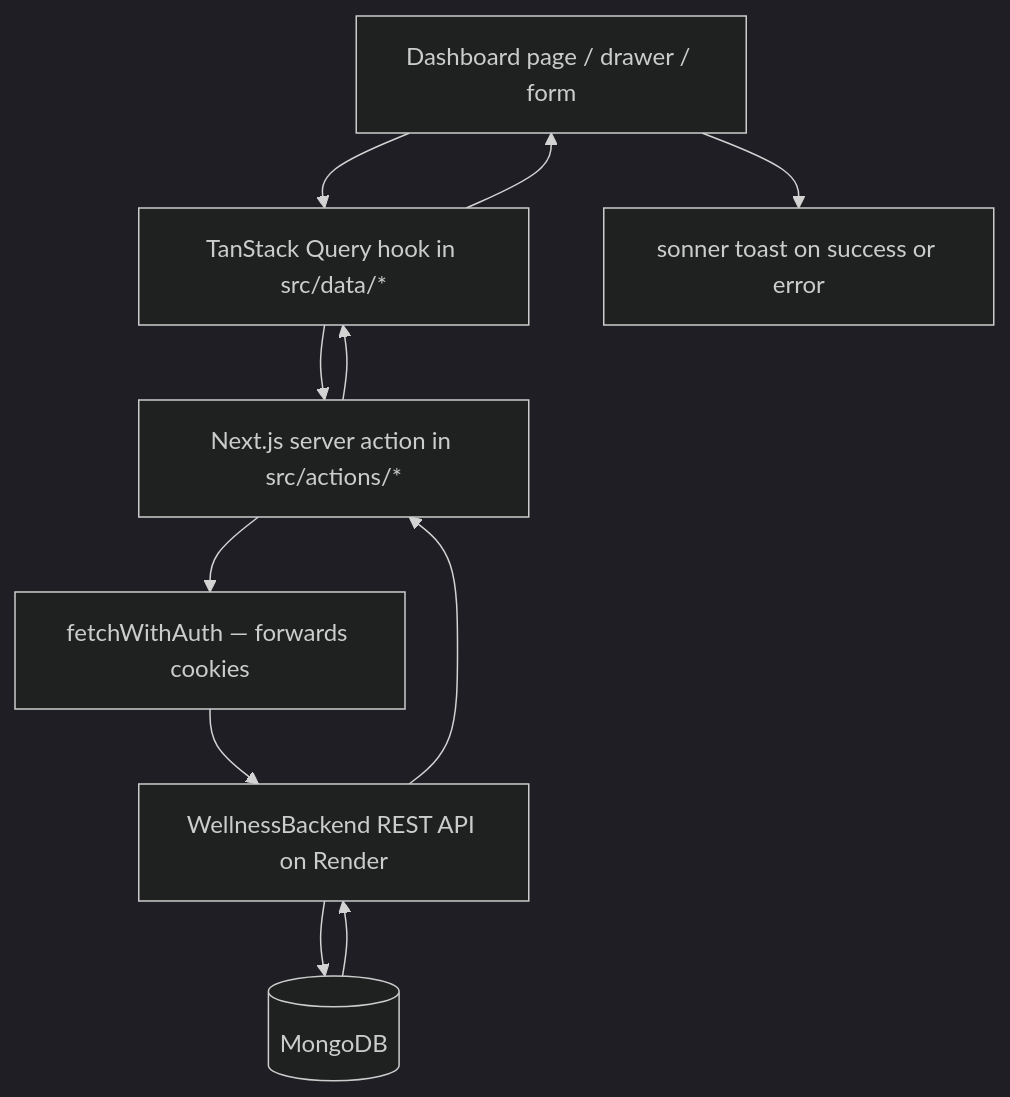
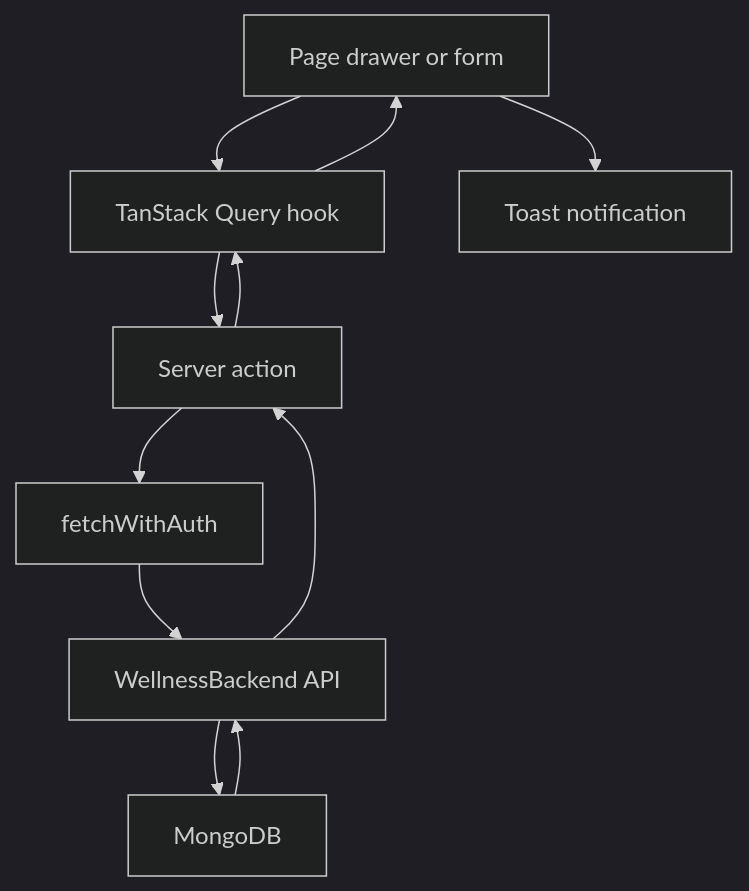
One commit to mdwwellness/wellness-dashboard changed the third of 12 diagrams in docs/dashboard-flowchart.md. Above: the diagram before and after it, drawn with Mermaid (dark theme). The commit also changed other lines of this file, not shown here.

Commit message:
fix(docs): GitHub-safe Mermaid syntax for dashboard flowcharts

````diff
--- a/docs/dashboard-flowchart.md
+++ b/docs/dashboard-flowchart.md
@@ -57,13 +61,13 @@
 ```mermaid
-flowchart TD
-    UI[Dashboard page / drawer / form] --> Hook[TanStack Query hook in src/data/*]
-    Hook --> Action[Next.js server action in src/actions/*]
-    Action --> Auth[fetchWithAuth — forwards cookies]
-    Auth --> API[WellnessBackend REST API on Render]
-    API --> Mongo[(MongoDB)]
+graph TD
+    UI["Page drawer or form"] --> Hook["TanStack Query hook"]
+    Hook --> Action["Server action"]
+    Action --> Auth["fetchWithAuth"]
+    Auth --> API["WellnessBackend API"]
+    API --> Mongo["MongoDB"]
     Mongo --> API
     API --> Action
     Action --> Hook
     Hook --> UI
-    UI --> Toast[sonner toast on success or error]
+    UI --> Toast["Toast notification"]
 ```
````
